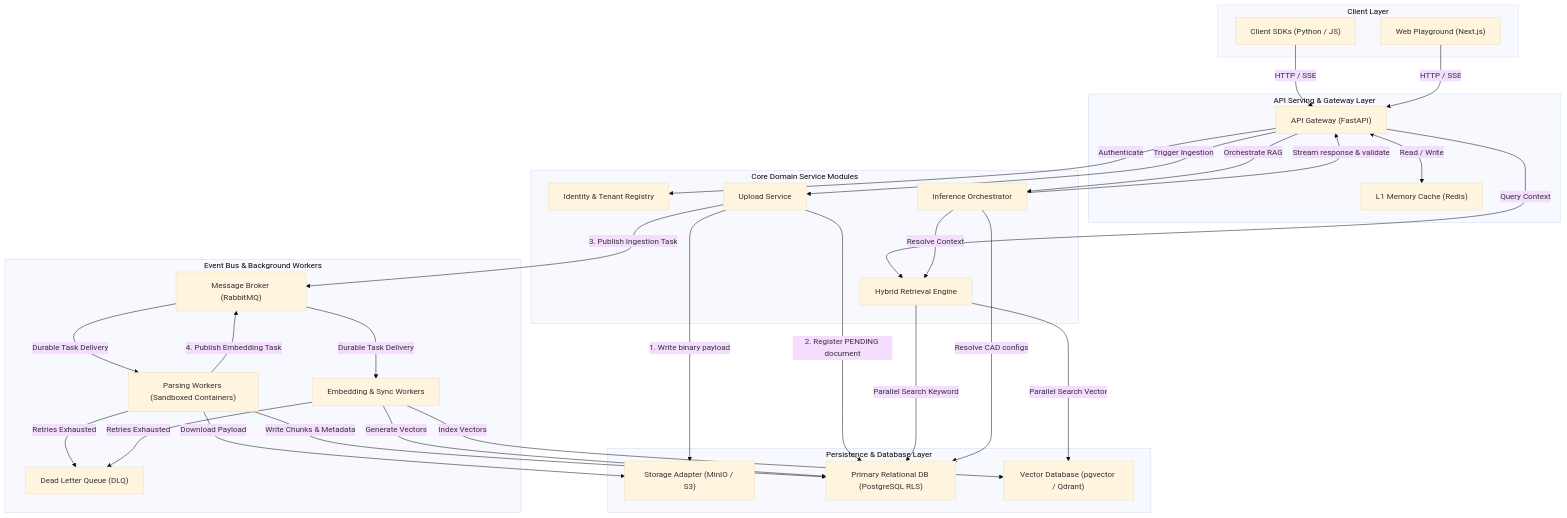
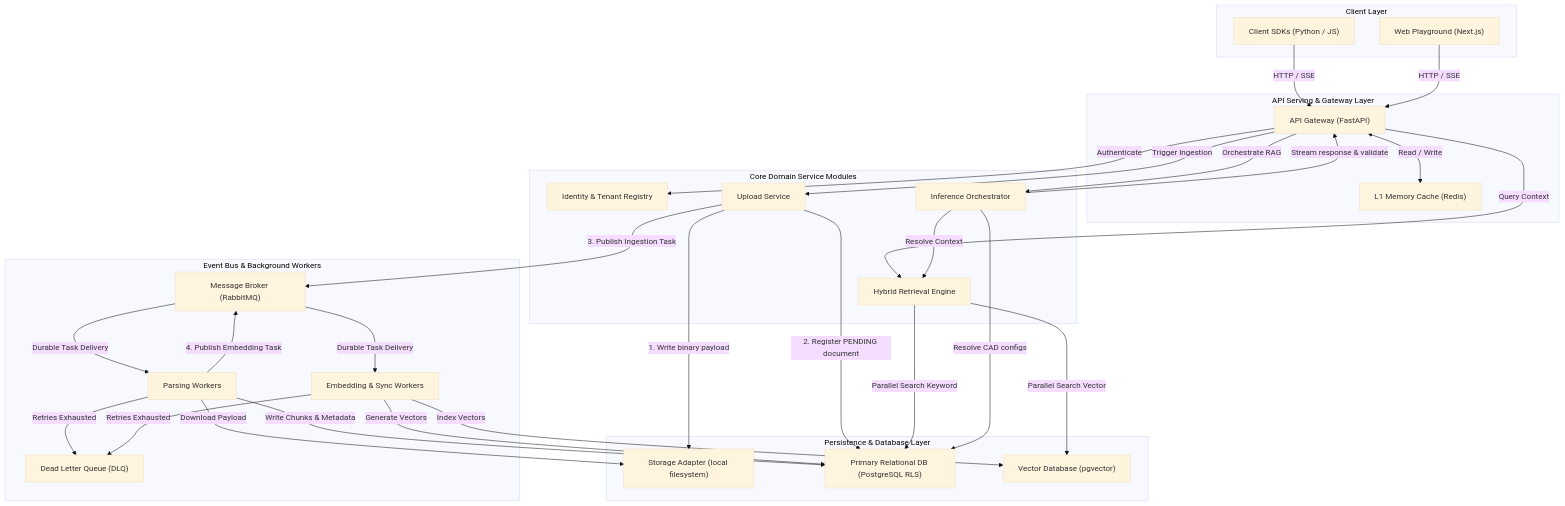
The first of 2 diagrams in docs/implementation/system-design.md (prat3010/retriever), drawn with Mermaid (base theme) before and after one commit. The commit also changed other lines of this file and 79 other files, not shown here.

````diff
--- a/docs/implementation/system-design.md
+++ b/docs/implementation/system-design.md
@@ -18,69 +18,69 @@
 ```mermaid
 graph TB
     subgraph ClientLayer["Client Layer"]
         SDK["Client SDKs (Python / JS)"]
         WebPlayground["Web Playground (Next.js)"]
     end
 
     subgraph GatewayLayer["API Serving & Gateway Layer"]
         Gateway["API Gateway (FastAPI)"]
         L1Cache["L1 Memory Cache (Redis)"]
     end
 
     subgraph ServiceModules["Core Domain Service Modules"]
         IdentityService["Identity & Tenant Registry"]
         RetrievalEngine["Hybrid Retrieval Engine"]
         InferenceEngine["Inference Orchestrator"]
         UploadService["Upload Service"]
     end
 
     subgraph AsynchronousProcessing["Event Bus & Background Workers"]
         EventBroker["Message Broker (RabbitMQ)"]
         DLQ["Dead Letter Queue (DLQ)"]
-        ParserSandbox["Parsing Workers (Sandboxed Containers)"]
+        ParserSandbox["Parsing Workers"]
         EmbeddingWorker["Embedding & Sync Workers"]
     end
 
     subgraph StorageLayer["Persistence & Database Layer"]
-        Storage["Storage Adapter (MinIO / S3)"]
+        Storage["Storage Adapter (local filesystem)"]
         RelationalDB["Primary Relational DB (PostgreSQL RLS)"]
-        VectorDB["Vector Database (pgvector / Qdrant)"]
+        VectorDB["Vector Database (pgvector)"]
     end
 
     %% Client and Gateway routing
     SDK -->|HTTP / SSE| Gateway
     WebPlayground -->|HTTP / SSE| Gateway
     Gateway <-->|Read / Write| L1Cache
 
     %% Gateway to logical domains
     Gateway -->|Authenticate| IdentityService
     Gateway -->|Trigger Ingestion| UploadService
     Gateway -->|Query Context| RetrievalEngine
     Gateway -->|Orchestrate RAG| InferenceEngine
 
     %% Ingestion write path flow
     UploadService -->|1. Write binary payload| Storage
     UploadService -->|2. Register PENDING document| RelationalDB
     UploadService -->|3. Publish Ingestion Task| EventBroker
 
     %% Worker Processing Flows
     EventBroker -->|Durable Task Delivery| ParserSandbox
     ParserSandbox -->|Download Payload| Storage
     ParserSandbox -->|Write Chunks & Metadata| RelationalDB
     ParserSandbox -->|4. Publish Embedding Task| EventBroker
     
     EventBroker -->|Durable Task Delivery| EmbeddingWorker
     EmbeddingWorker -->|Generate Vectors| RelationalDB
     EmbeddingWorker -->|Index Vectors| VectorDB
 
     %% Failures
     ParserSandbox -->|Retries Exhausted| DLQ
     EmbeddingWorker -->|Retries Exhausted| DLQ
 
     %% Read Path Flow
     RetrievalEngine -->|Parallel Search Vector| VectorDB
     RetrievalEngine -->|Parallel Search Keyword| RelationalDB
     InferenceEngine -->|Resolve Context| RetrievalEngine
     InferenceEngine -->|Resolve CAD configs| RelationalDB
     InferenceEngine -->|Stream response & validate| Gateway
 ```
````
